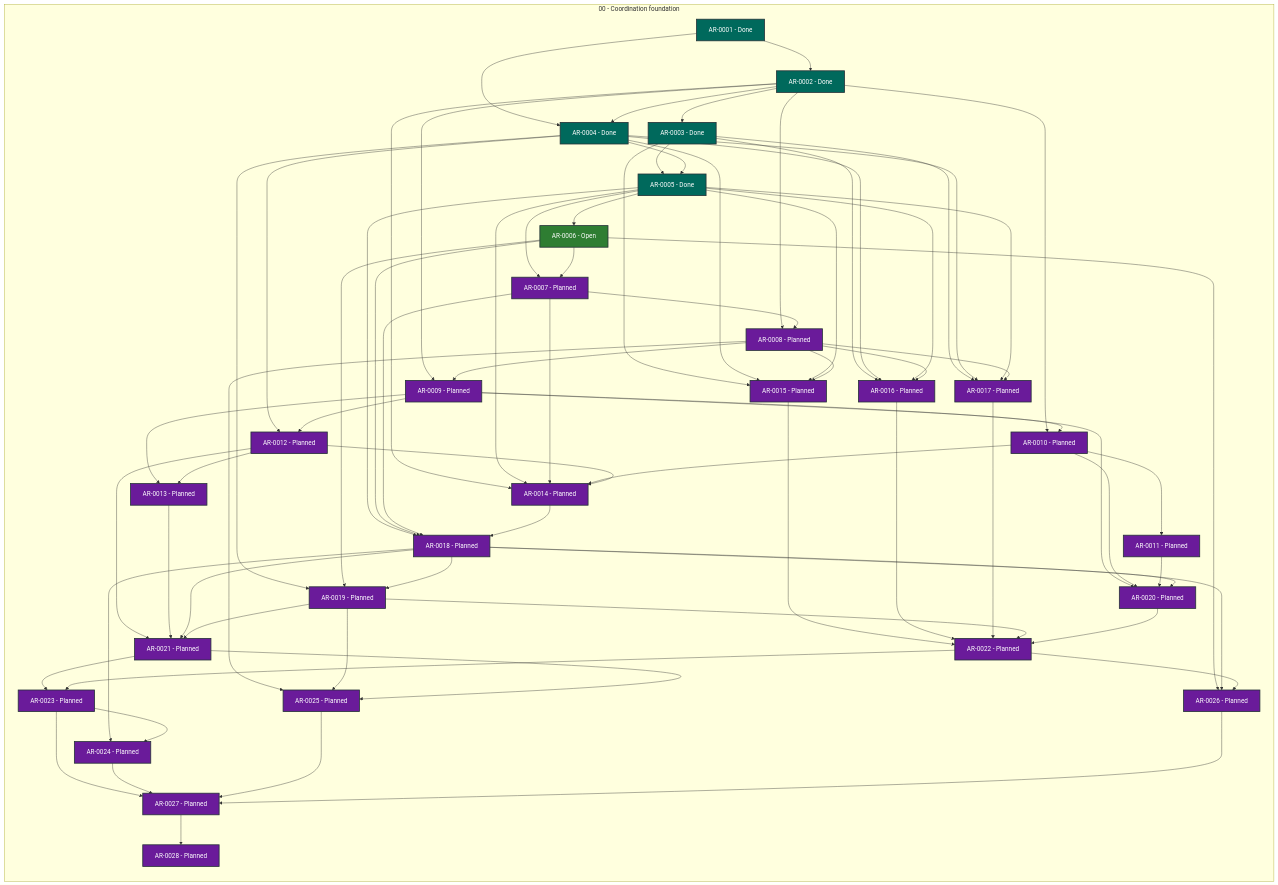
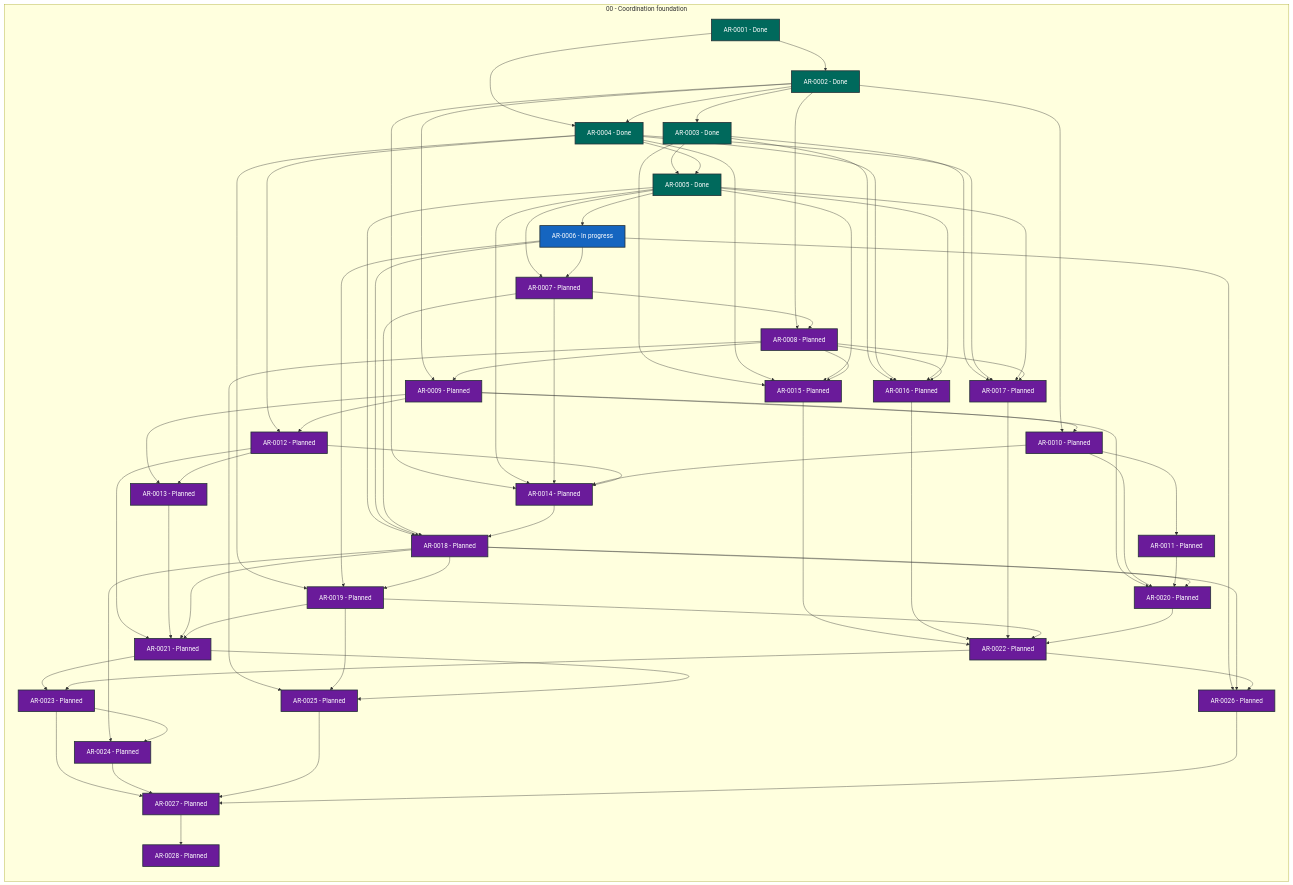
The diagram in STATUS.md (martin-beck/agent-workflow-runtime-state), drawn with Mermaid before and after one commit. The commit also changed other lines of this file and 2 other files, not shown here.

```diff
--- a/STATUS.md
+++ b/STATUS.md
@@ -33,7 +33,7 @@
         AR_0003["AR-0003 - Done"]:::status_done
         AR_0004["AR-0004 - Done"]:::status_done
         AR_0005["AR-0005 - Done"]:::status_done
-        AR_0006["AR-0006 - Open"]:::status_open
+        AR_0006["AR-0006 - In progress"]:::status_in_progress
         AR_0007["AR-0007 - Planned"]:::status_planned
         AR_0008["AR-0008 - Planned"]:::status_planned
         AR_0009["AR-0009 - Planned"]:::status_planned
```
